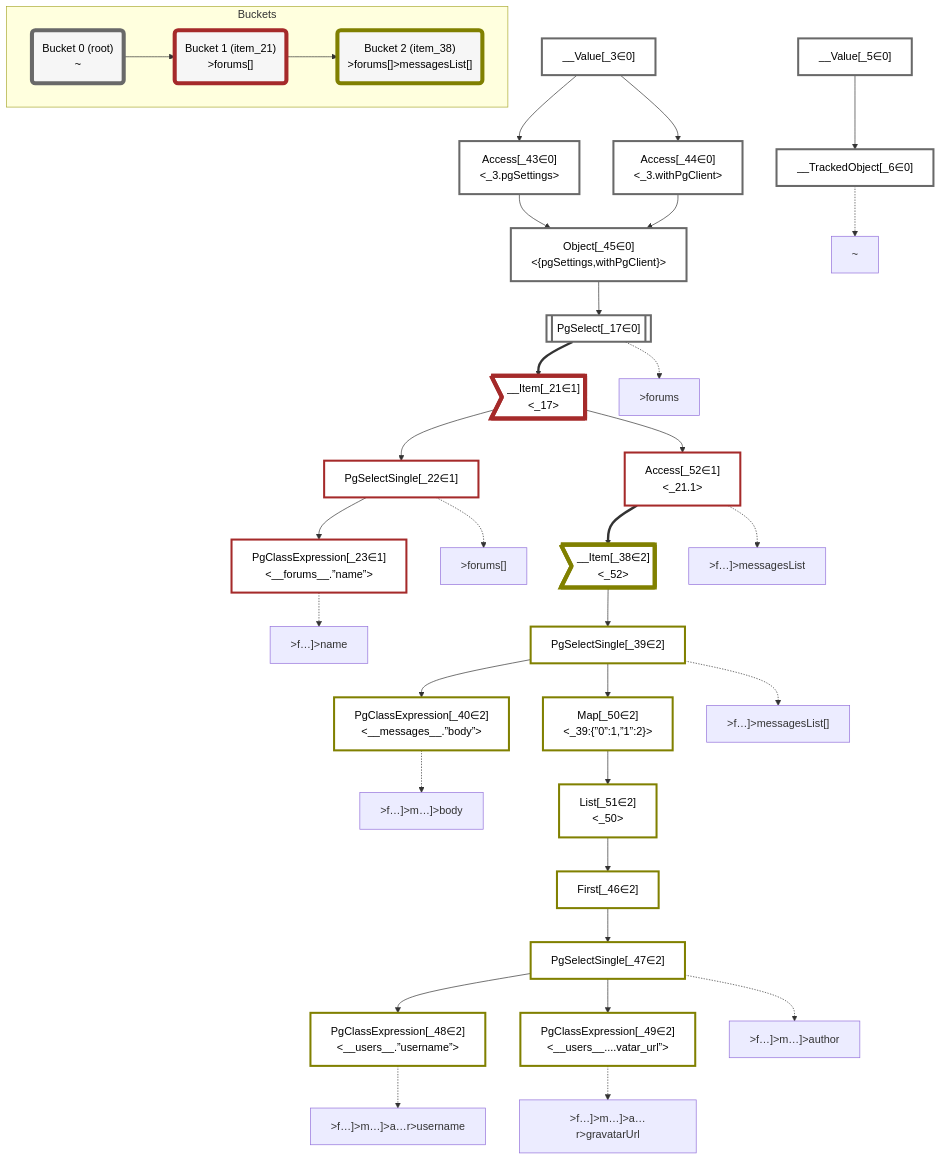
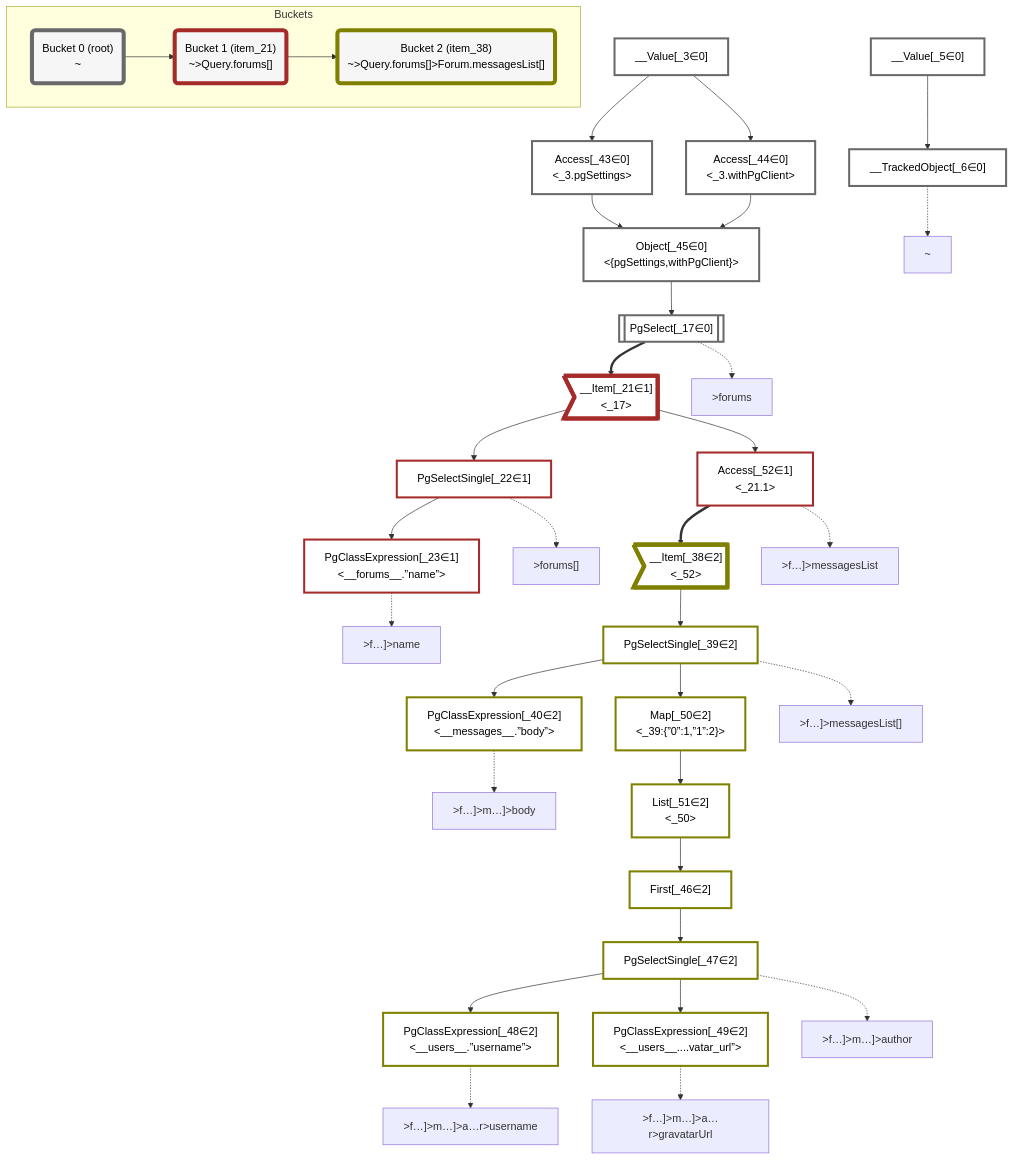
Before and after one commit to graphile/crystal: the diagram in packages/dataplan-pg/__tests__/queries/conditions/basics-with-author.mermaid.md, drawn with Mermaid. The commit also changed 141 other files, not shown here.

```diff
--- a/packages/dataplan-pg/__tests__/queries/conditions/basics-with-author.mermaid.md
+++ b/packages/dataplan-pg/__tests__/queries/conditions/basics-with-author.mermaid.md
@@ -83,10 +83,10 @@
     subgraph Buckets
     Bucket0("Bucket 0 (root)<br />~"):::bucket
     style Bucket0 stroke:#696969
-    Bucket1("Bucket 1 (item_21)<br />>forums[]"):::bucket
+    Bucket1("Bucket 1 (item_21)<br />~>Query.forums[]"):::bucket
     style Bucket1 stroke:#a52a2a
     Bucket0 --> Bucket1
-    Bucket2("Bucket 2 (item_38)<br />>forums[]>messagesList[]"):::bucket
+    Bucket2("Bucket 2 (item_38)<br />~>Query.forums[]>Forum.messagesList[]"):::bucket
     style Bucket2 stroke:#808000
     Bucket1 --> Bucket2
     end
```
